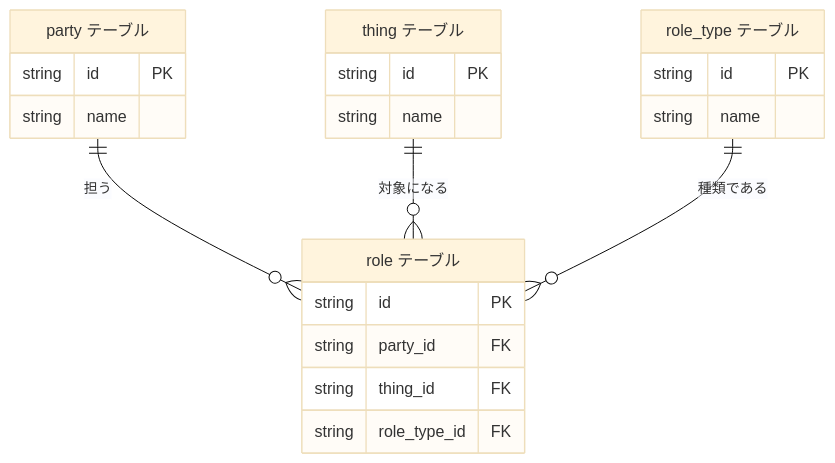
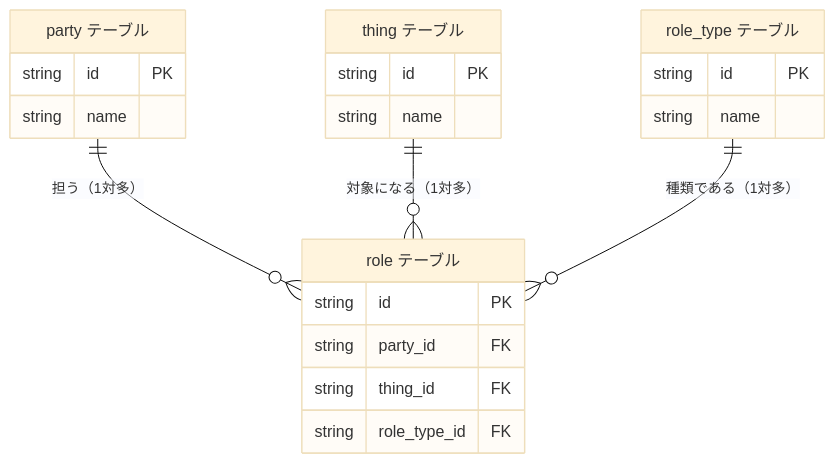
One commit to hiroki-it/tech-notebook changed the fifth of 30 diagrams in docs/software/software_middleware_database_rdb_er.md. Above: the diagram before and after it, drawn with Mermaid (base theme). The commit also changed other lines of this file and 4 other files, not shown here.

````diff
--- a/docs/software/software_middleware_database_rdb_er.md
+++ b/docs/software/software_middleware_database_rdb_er.md
@@ -133,28 +133,28 @@
 ```mermaid
 erDiagram
   party["party テーブル"] {
     string id PK
     string name
   }
 
   thing["thing テーブル"] {
     string id PK
     string name
   }
 
   role_type["role_type テーブル"] {
     string id PK
     string name
   }
 
   role["role テーブル"] {
     string id PK
     string party_id FK
     string thing_id FK
     string role_type_id FK
   }
 
-  party ||--o{ role : "担う"
-  thing ||--o{ role : "対象になる"
-  role_type ||--o{ role : "種類である"
+  party ||--o{ role : "担う（1対多）"
+  thing ||--o{ role : "対象になる（1対多）"
+  role_type ||--o{ role : "種類である（1対多）"
 ```
````
